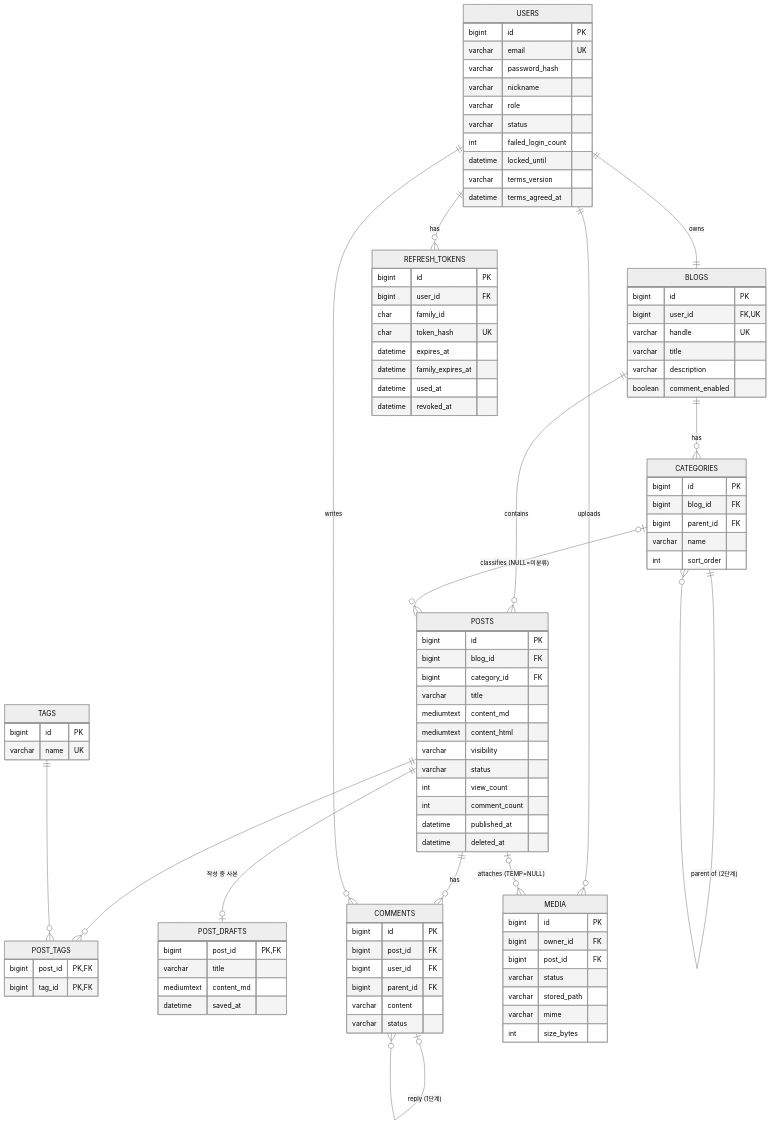
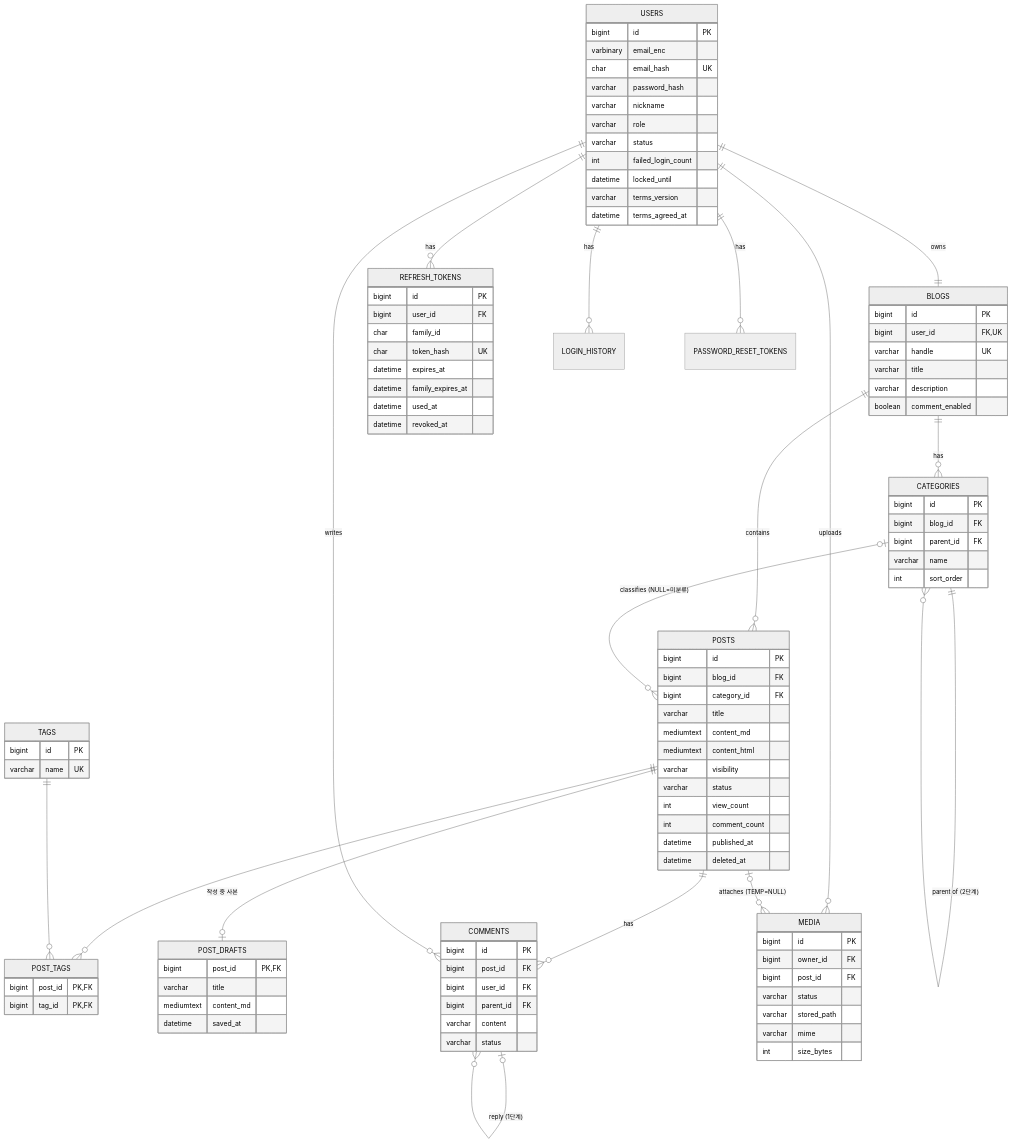
The diagram in specs/001-blog-core/data-model.md (marco-blog/blog-docs), drawn with Mermaid (neutral theme) before and after one commit. The commit also changed other lines of this file and 6 other files, not shown here.

```diff
--- a/specs/001-blog-core/data-model.md
+++ b/specs/001-blog-core/data-model.md
@@ -10,6 +10,8 @@
 erDiagram
     USERS ||--|| BLOGS : "owns"
     USERS ||--o{ REFRESH_TOKENS : "has"
+    USERS ||--o{ LOGIN_HISTORY : "has"
+    USERS ||--o{ PASSWORD_RESET_TOKENS : "has"
     BLOGS ||--o{ CATEGORIES : "has"
     CATEGORIES ||--o{ CATEGORIES : "parent of (2단계)"
     BLOGS ||--o{ POSTS : "contains"
@@ -25,7 +27,8 @@
 
     USERS {
         bigint id PK
-        varchar email UK
+        varbinary email_enc
+        char email_hash UK
         varchar password_hash
         varchar nickname
         varchar role
```
